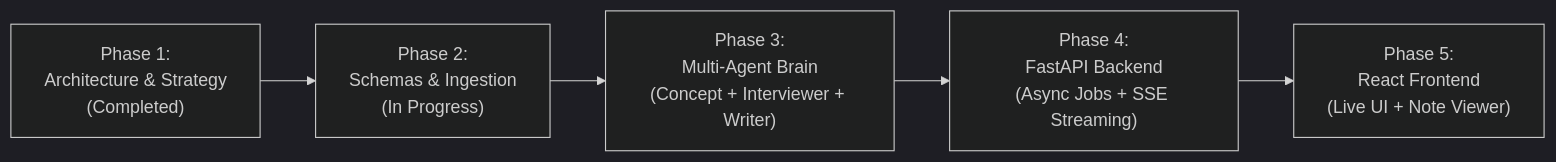
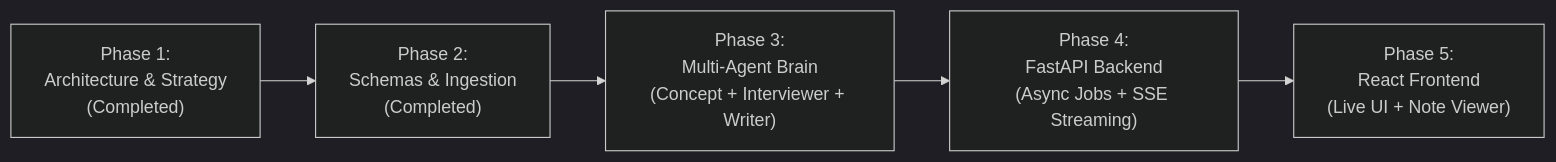
One commit to dhruv-gautam-dev/noteloom changed the diagram in docs/PROJECT_STATUS.md. Above: the diagram before and after it, drawn with Mermaid (dark theme). The commit also changed other lines of this file and 16 other files, not shown here.

Commit message:
Backend Schemas & Ingestion Engine

````diff
--- a/docs/PROJECT_STATUS.md
+++ b/docs/PROJECT_STATUS.md
@@ -24,7 +24,7 @@
 ```mermaid
 flowchart LR
-    P1["Phase 1:\nArchitecture & Strategy\n(Completed)"] --> P2["Phase 2:\nSchemas & Ingestion\n(In Progress)"]
+    P1["Phase 1:\nArchitecture & Strategy\n(Completed)"] --> P2["Phase 2:\nSchemas & Ingestion\n(Completed)"]
     P2 --> P3["Phase 3:\nMulti-Agent Brain\n(Concept + Interviewer + Writer)"]
     P3 --> P4["Phase 4:\nFastAPI Backend\n(Async Jobs + SSE Streaming)"]
     P4 --> P5["Phase 5:\nReact Frontend\n(Live UI + Note Viewer)"]
 ```
````
